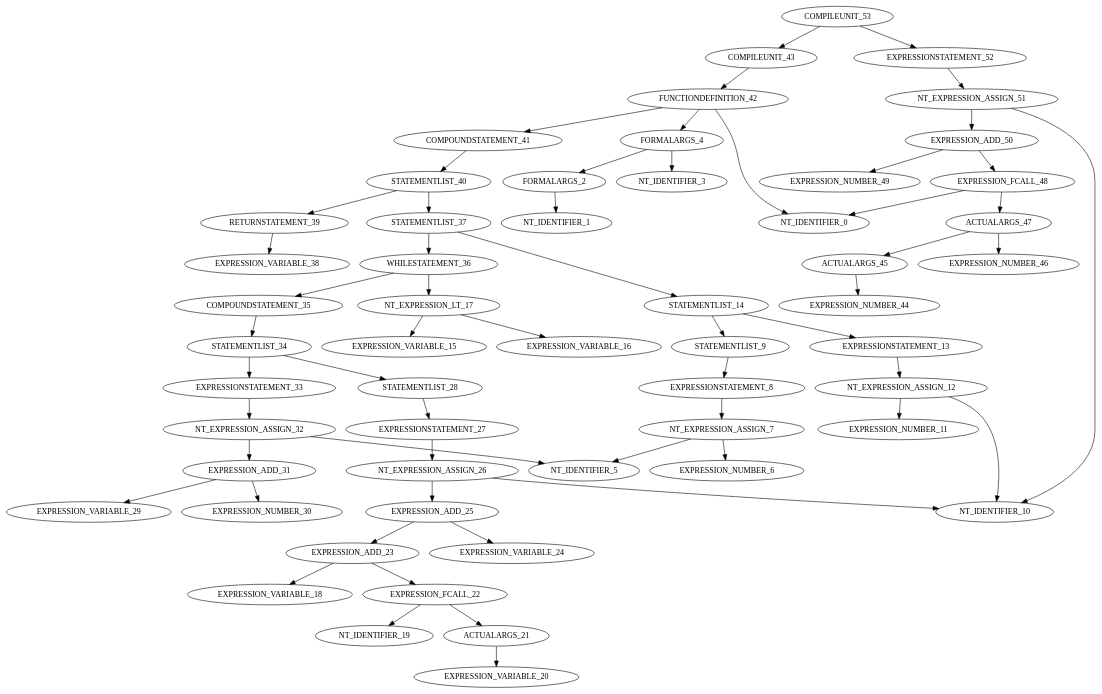
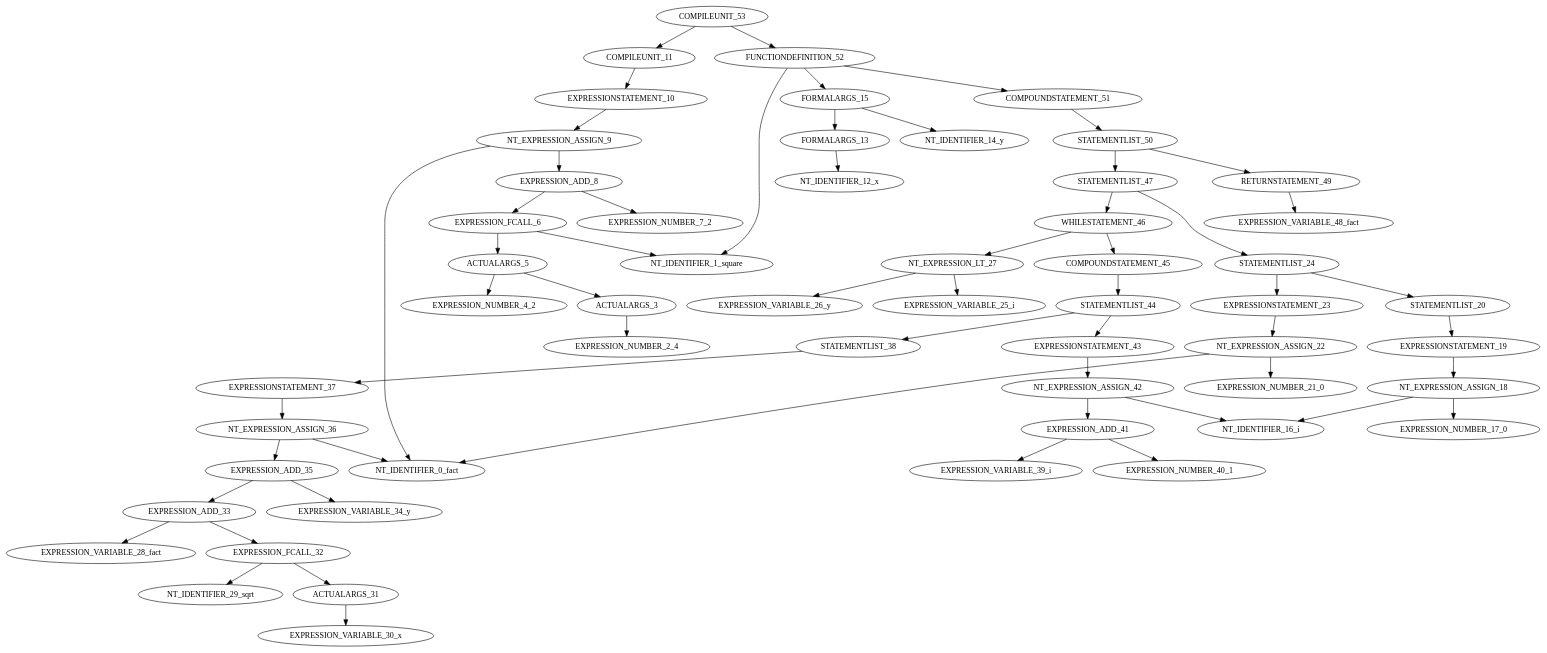
Before and after one commit to LPoulitsis/TypeCheckingMINIC: the diagram in ST.dot, drawn with Graphviz. The commit also changed 8 other files, not shown here.

```diff
--- a/ST.dot
+++ b/ST.dot
@@ -1,59 +1,59 @@
 digraph G{
-"COMPILEUNIT_53"->"COMPILEUNIT_43";
-"COMPILEUNIT_43"->"FUNCTIONDEFINITION_42";
-"FUNCTIONDEFINITION_42"->"NT_IDENTIFIER_0";
-"FUNCTIONDEFINITION_42"->"FORMALARGS_4";
-"FORMALARGS_4"->"FORMALARGS_2";
-"FORMALARGS_2"->"NT_IDENTIFIER_1";
-"FORMALARGS_4"->"NT_IDENTIFIER_3";
-"FUNCTIONDEFINITION_42"->"COMPOUNDSTATEMENT_41";
-"COMPOUNDSTATEMENT_41"->"STATEMENTLIST_40";
-"STATEMENTLIST_40"->"STATEMENTLIST_37";
-"STATEMENTLIST_37"->"STATEMENTLIST_14";
-"STATEMENTLIST_14"->"STATEMENTLIST_9";
-"STATEMENTLIST_9"->"EXPRESSIONSTATEMENT_8";
-"EXPRESSIONSTATEMENT_8"->"NT_EXPRESSION_ASSIGN_7";
-"NT_EXPRESSION_ASSIGN_7"->"NT_IDENTIFIER_5";
-"NT_EXPRESSION_ASSIGN_7"->"EXPRESSION_NUMBER_6";
-"STATEMENTLIST_14"->"EXPRESSIONSTATEMENT_13";
-"EXPRESSIONSTATEMENT_13"->"NT_EXPRESSION_ASSIGN_12";
-"NT_EXPRESSION_ASSIGN_12"->"NT_IDENTIFIER_10";
-"NT_EXPRESSION_ASSIGN_12"->"EXPRESSION_NUMBER_11";
-"STATEMENTLIST_37"->"WHILESTATEMENT_36";
-"WHILESTATEMENT_36"->"NT_EXPRESSION_LT_17";
-"NT_EXPRESSION_LT_17"->"EXPRESSION_VARIABLE_15";
-"NT_EXPRESSION_LT_17"->"EXPRESSION_VARIABLE_16";
-"WHILESTATEMENT_36"->"COMPOUNDSTATEMENT_35";
-"COMPOUNDSTATEMENT_35"->"STATEMENTLIST_34";
-"STATEMENTLIST_34"->"STATEMENTLIST_28";
-"STATEMENTLIST_28"->"EXPRESSIONSTATEMENT_27";
-"EXPRESSIONSTATEMENT_27"->"NT_EXPRESSION_ASSIGN_26";
-"NT_EXPRESSION_ASSIGN_26"->"NT_IDENTIFIER_10";
-"NT_EXPRESSION_ASSIGN_26"->"EXPRESSION_ADD_25";
-"EXPRESSION_ADD_25"->"EXPRESSION_ADD_23";
-"EXPRESSION_ADD_23"->"EXPRESSION_VARIABLE_18";
-"EXPRESSION_ADD_23"->"EXPRESSION_FCALL_22";
-"EXPRESSION_FCALL_22"->"NT_IDENTIFIER_19";
-"EXPRESSION_FCALL_22"->"ACTUALARGS_21";
-"ACTUALARGS_21"->"EXPRESSION_VARIABLE_20";
-"EXPRESSION_ADD_25"->"EXPRESSION_VARIABLE_24";
-"STATEMENTLIST_34"->"EXPRESSIONSTATEMENT_33";
-"EXPRESSIONSTATEMENT_33"->"NT_EXPRESSION_ASSIGN_32";
-"NT_EXPRESSION_ASSIGN_32"->"NT_IDENTIFIER_5";
-"NT_EXPRESSION_ASSIGN_32"->"EXPRESSION_ADD_31";
-"EXPRESSION_ADD_31"->"EXPRESSION_VARIABLE_29";
-"EXPRESSION_ADD_31"->"EXPRESSION_NUMBER_30";
-"STATEMENTLIST_40"->"RETURNSTATEMENT_39";
-"RETURNSTATEMENT_39"->"EXPRESSION_VARIABLE_38";
-"COMPILEUNIT_53"->"EXPRESSIONSTATEMENT_52";
-"EXPRESSIONSTATEMENT_52"->"NT_EXPRESSION_ASSIGN_51";
-"NT_EXPRESSION_ASSIGN_51"->"NT_IDENTIFIER_10";
-"NT_EXPRESSION_ASSIGN_51"->"EXPRESSION_ADD_50";
-"EXPRESSION_ADD_50"->"EXPRESSION_FCALL_48";
-"EXPRESSION_FCALL_48"->"NT_IDENTIFIER_0";
-"EXPRESSION_FCALL_48"->"ACTUALARGS_47";
-"ACTUALARGS_47"->"ACTUALARGS_45";
-"ACTUALARGS_45"->"EXPRESSION_NUMBER_44";
-"ACTUALARGS_47"->"EXPRESSION_NUMBER_46";
-"EXPRESSION_ADD_50"->"EXPRESSION_NUMBER_49";
+"COMPILEUNIT_53"->"COMPILEUNIT_11";
+"COMPILEUNIT_11"->"EXPRESSIONSTATEMENT_10";
+"EXPRESSIONSTATEMENT_10"->"NT_EXPRESSION_ASSIGN_9";
+"NT_EXPRESSION_ASSIGN_9"->"NT_IDENTIFIER_0_fact";
+"NT_EXPRESSION_ASSIGN_9"->"EXPRESSION_ADD_8";
+"EXPRESSION_ADD_8"->"EXPRESSION_FCALL_6";
+"EXPRESSION_FCALL_6"->"NT_IDENTIFIER_1_square";
+"EXPRESSION_FCALL_6"->"ACTUALARGS_5";
+"ACTUALARGS_5"->"ACTUALARGS_3";
+"ACTUALARGS_3"->"EXPRESSION_NUMBER_2_4";
+"ACTUALARGS_5"->"EXPRESSION_NUMBER_4_2";
+"EXPRESSION_ADD_8"->"EXPRESSION_NUMBER_7_2";
+"COMPILEUNIT_53"->"FUNCTIONDEFINITION_52";
+"FUNCTIONDEFINITION_52"->"NT_IDENTIFIER_1_square";
+"FUNCTIONDEFINITION_52"->"FORMALARGS_15";
+"FORMALARGS_15"->"FORMALARGS_13";
+"FORMALARGS_13"->"NT_IDENTIFIER_12_x";
+"FORMALARGS_15"->"NT_IDENTIFIER_14_y";
+"FUNCTIONDEFINITION_52"->"COMPOUNDSTATEMENT_51";
+"COMPOUNDSTATEMENT_51"->"STATEMENTLIST_50";
+"STATEMENTLIST_50"->"STATEMENTLIST_47";
+"STATEMENTLIST_47"->"STATEMENTLIST_24";
+"STATEMENTLIST_24"->"STATEMENTLIST_20";
+"STATEMENTLIST_20"->"EXPRESSIONSTATEMENT_19";
+"EXPRESSIONSTATEMENT_19"->"NT_EXPRESSION_ASSIGN_18";
+"NT_EXPRESSION_ASSIGN_18"->"NT_IDENTIFIER_16_i";
+"NT_EXPRESSION_ASSIGN_18"->"EXPRESSION_NUMBER_17_0";
+"STATEMENTLIST_24"->"EXPRESSIONSTATEMENT_23";
+"EXPRESSIONSTATEMENT_23"->"NT_EXPRESSION_ASSIGN_22";
+"NT_EXPRESSION_ASSIGN_22"->"NT_IDENTIFIER_0_fact";
+"NT_EXPRESSION_ASSIGN_22"->"EXPRESSION_NUMBER_21_0";
+"STATEMENTLIST_47"->"WHILESTATEMENT_46";
+"WHILESTATEMENT_46"->"NT_EXPRESSION_LT_27";
+"NT_EXPRESSION_LT_27"->"EXPRESSION_VARIABLE_25_i";
+"NT_EXPRESSION_LT_27"->"EXPRESSION_VARIABLE_26_y";
+"WHILESTATEMENT_46"->"COMPOUNDSTATEMENT_45";
+"COMPOUNDSTATEMENT_45"->"STATEMENTLIST_44";
+"STATEMENTLIST_44"->"STATEMENTLIST_38";
+"STATEMENTLIST_38"->"EXPRESSIONSTATEMENT_37";
+"EXPRESSIONSTATEMENT_37"->"NT_EXPRESSION_ASSIGN_36";
+"NT_EXPRESSION_ASSIGN_36"->"NT_IDENTIFIER_0_fact";
+"NT_EXPRESSION_ASSIGN_36"->"EXPRESSION_ADD_35";
+"EXPRESSION_ADD_35"->"EXPRESSION_ADD_33";
+"EXPRESSION_ADD_33"->"EXPRESSION_VARIABLE_28_fact";
+"EXPRESSION_ADD_33"->"EXPRESSION_FCALL_32";
+"EXPRESSION_FCALL_32"->"NT_IDENTIFIER_29_sqrt";
+"EXPRESSION_FCALL_32"->"ACTUALARGS_31";
+"ACTUALARGS_31"->"EXPRESSION_VARIABLE_30_x";
+"EXPRESSION_ADD_35"->"EXPRESSION_VARIABLE_34_y";
+"STATEMENTLIST_44"->"EXPRESSIONSTATEMENT_43";
+"EXPRESSIONSTATEMENT_43"->"NT_EXPRESSION_ASSIGN_42";
+"NT_EXPRESSION_ASSIGN_42"->"NT_IDENTIFIER_16_i";
+"NT_EXPRESSION_ASSIGN_42"->"EXPRESSION_ADD_41";
+"EXPRESSION_ADD_41"->"EXPRESSION_VARIABLE_39_i";
+"EXPRESSION_ADD_41"->"EXPRESSION_NUMBER_40_1";
+"STATEMENTLIST_50"->"RETURNSTATEMENT_49";
+"RETURNSTATEMENT_49"->"EXPRESSION_VARIABLE_48_fact";
 }
```
